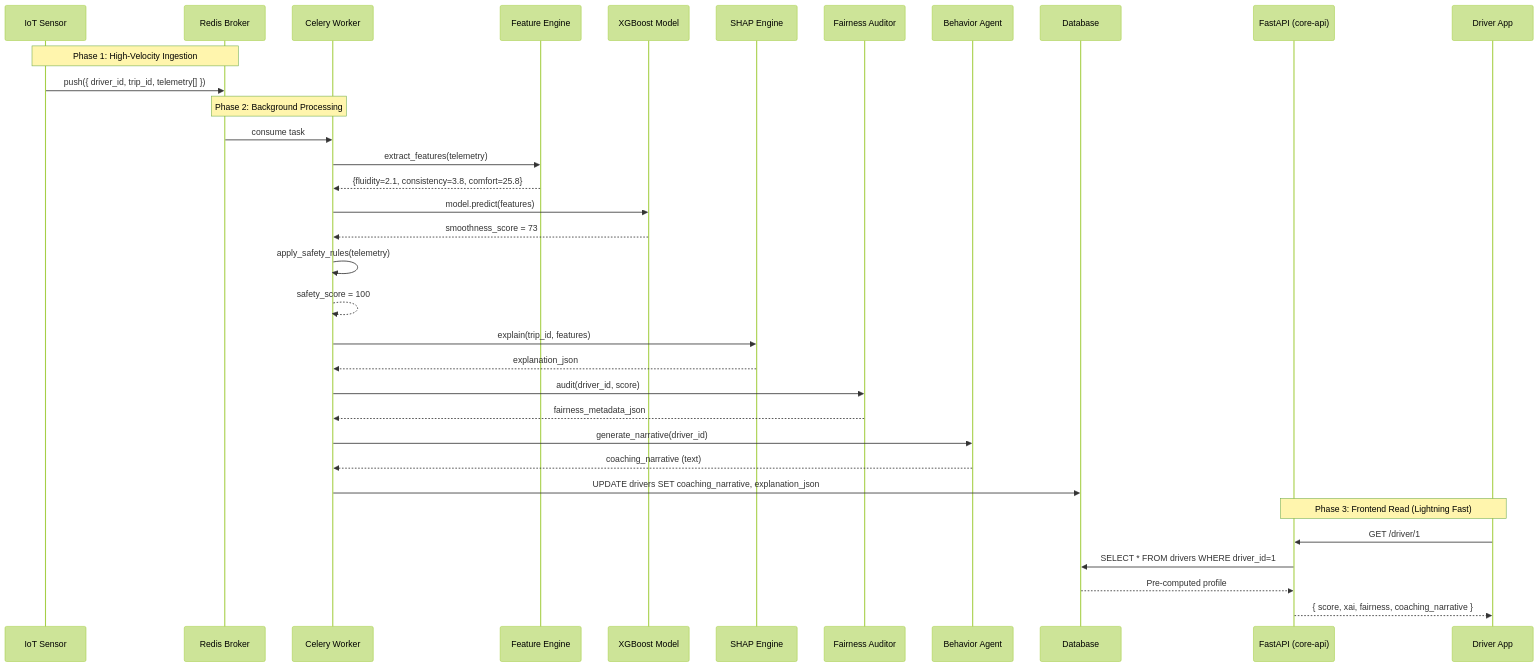
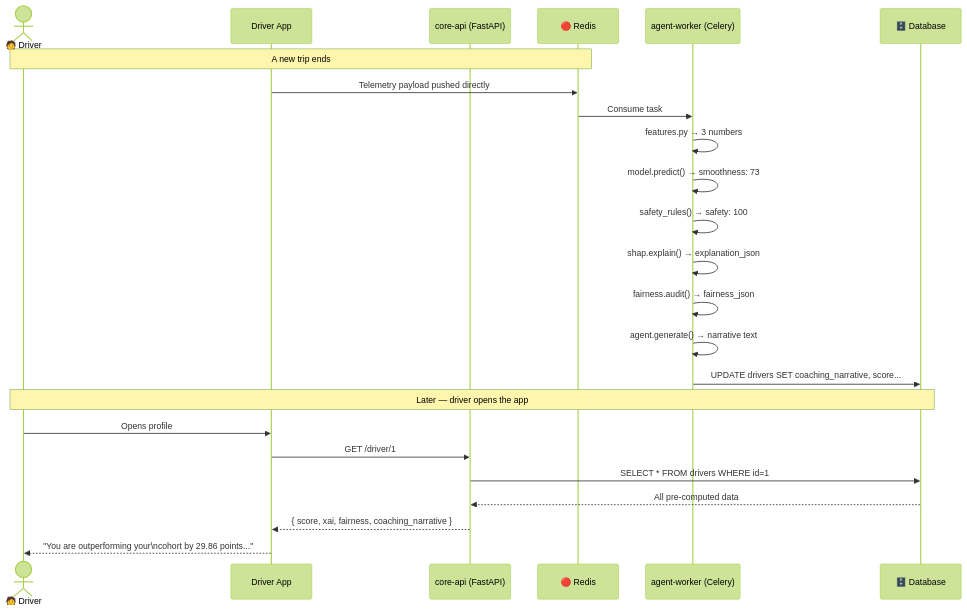
One commit to Project-Be-Better/learning-ml changed diagram 15 of 16 in docs/ml_pipeline_guide.md. Above: the diagram before and after it, drawn with Mermaid (forest theme). The commit also changed other lines of this file, not shown here.

````diff
--- a/docs/ml_pipeline_guide.md
+++ b/docs/ml_pipeline_guide.md
@@ -401,39 +366,28 @@
 ```mermaid
 sequenceDiagram
-    participant IOT as IoT Sensor
-    participant Redis as Redis Broker
-    participant Worker as Celery Worker
-    participant FE as Feature Engine
-    participant XG as XGBoost Model
-    participant SHAP as SHAP Engine
-    participant FA as Fairness Auditor
-    participant BA as Behavior Agent
-    participant DB as Database
-    participant API as FastAPI (core-api)
+    actor Driver as 🧑 Driver
     participant App as Driver App
+    participant API as core-api (FastAPI)
+    participant Redis as 🔴 Redis
+    participant Worker as agent-worker (Celery)
+    participant DB as 🗄️ Database
 
-    Note over IOT,Redis: Phase 1: High-Velocity Ingestion
-    IOT->>Redis: push({ driver_id, trip_id, telemetry[] })
+    Note over Driver,Redis: A new trip ends
+    App->>Redis: Telemetry payload pushed directly
+    Redis->>Worker: Consume task
+    Worker->>Worker: features.py → 3 numbers
+    Worker->>Worker: model.predict() → smoothness: 73
+    Worker->>Worker: safety_rules() → safety: 100
+    Worker->>Worker: shap.explain() → explanation_json
+    Worker->>Worker: fairness.audit() → fairness_json
+    Worker->>Worker: agent.generate() → narrative text
+    Worker->>DB: UPDATE drivers SET coaching_narrative, score...
 
-    Note over Redis,Worker: Phase 2: Background Processing
-    Redis->>Worker: consume task
-    Worker->>FE: extract_features(telemetry)
-    FE-->>Worker: {fluidity=2.1, consistency=3.8, comfort=25.8}
-    Worker->>XG: model.predict(features)
-    XG-->>Worker: smoothness_score = 73
-    Worker->>Worker: apply_safety_rules(telemetry)
-    Worker-->>Worker: safety_score = 100
-    Worker->>SHAP: explain(trip_id, features)
-    SHAP-->>Worker: explanation_json
-    Worker->>FA: audit(driver_id, score)
-    FA-->>Worker: fairness_metadata_json
-    Worker->>BA: generate_narrative(driver_id)
-    BA-->>Worker: coaching_narrative (text)
-    Worker->>DB: UPDATE drivers SET coaching_narrative, explanation_json
-
-    Note over API,App: Phase 3: Frontend Read (Lightning Fast)
+    Note over Driver,DB: Later — driver opens the app
+    Driver->>App: Opens profile
     App->>API: GET /driver/1
-    API->>DB: SELECT * FROM drivers WHERE driver_id=1
-    DB-->>API: Pre-computed profile
+    API->>DB: SELECT * FROM drivers WHERE id=1
+    DB-->>API: All pre-computed data
     API-->>App: { score, xai, fairness, coaching_narrative }
+    App-->>Driver: "You are outperforming your\ncohort by 29.86 points..."
 ```
````
